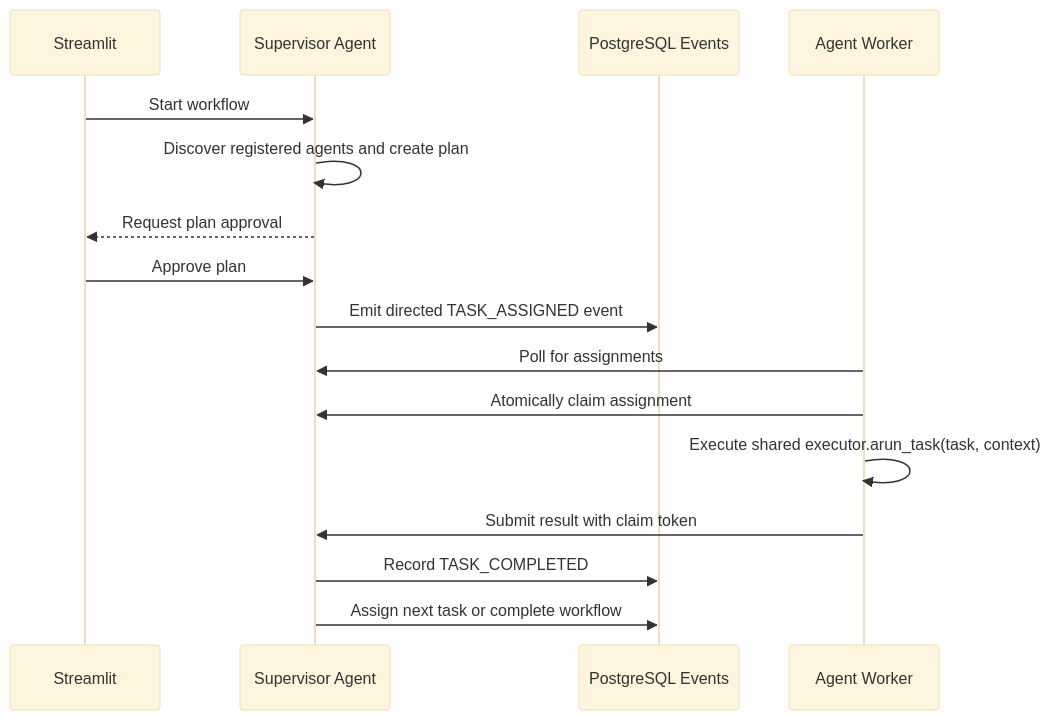
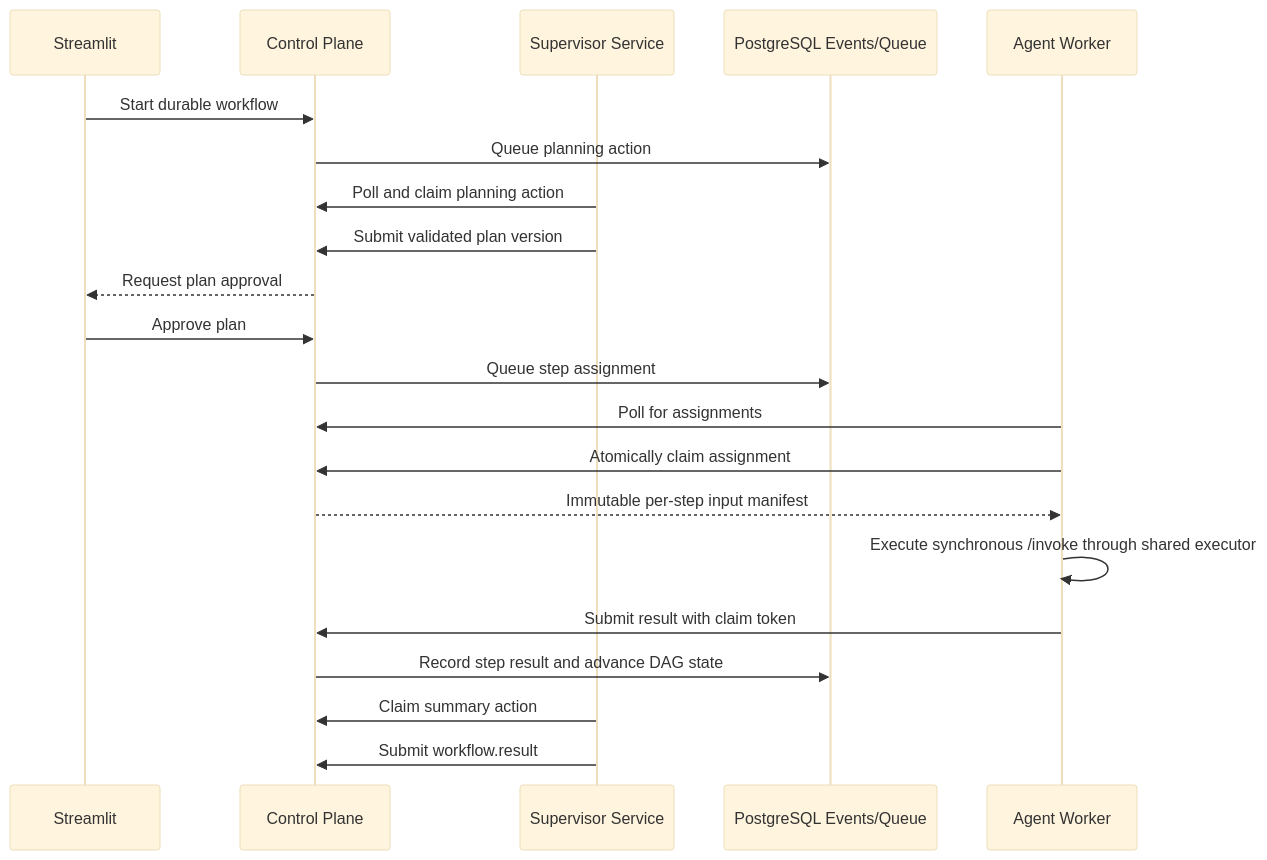
One commit to Sarvagya-meel/agentmesh changed the diagram in src/agentmesh/services/service_agentmesh_server/registry/README.md. Above: the diagram before and after it, drawn with Mermaid (base theme). The commit also changed other lines of this file and 353 other files, not shown here.

First line of the commit message:
Integrate durable AgentMesh runtime and demo readiness fixes (#3)

````diff
--- a/src/agentmesh/services/service_agentmesh_server/registry/README.md
+++ b/src/agentmesh/services/service_agentmesh_server/registry/README.md
@@ -9,19 +10,24 @@
 ```mermaid
 sequenceDiagram
     participant UI as Streamlit
-    participant O as Supervisor Agent
-    participant DB as PostgreSQL Events
+    participant CP as Control Plane
+    participant S as Supervisor Service
+    participant DB as PostgreSQL Events/Queue
     participant W as Agent Worker
 
-    UI->>O: Start workflow
-    O->>O: Discover registered agents and create plan
-    O-->>UI: Request plan approval
-    UI->>O: Approve plan
-    O->>DB: Emit directed TASK_ASSIGNED event
-    W->>O: Poll for assignments
-    W->>O: Atomically claim assignment
-    W->>W: Execute shared executor.arun_task(task, context)
-    W->>O: Submit result with claim token
-    O->>DB: Record TASK_COMPLETED
-    O->>DB: Assign next task or complete workflow
+    UI->>CP: Start durable workflow
+    CP->>DB: Queue planning action
+    S->>CP: Poll and claim planning action
+    S->>CP: Submit validated plan version
+    CP-->>UI: Request plan approval
+    UI->>CP: Approve plan
+    CP->>DB: Queue step assignment
+    W->>CP: Poll for assignments
+    W->>CP: Atomically claim assignment
+    CP-->>W: Immutable per-step input manifest
+    W->>W: Execute synchronous /invoke through shared executor
+    W->>CP: Submit result with claim token
+    CP->>DB: Record step result and advance DAG state
+    S->>CP: Claim summary action
+    S->>CP: Submit workflow.result
 ```
````
